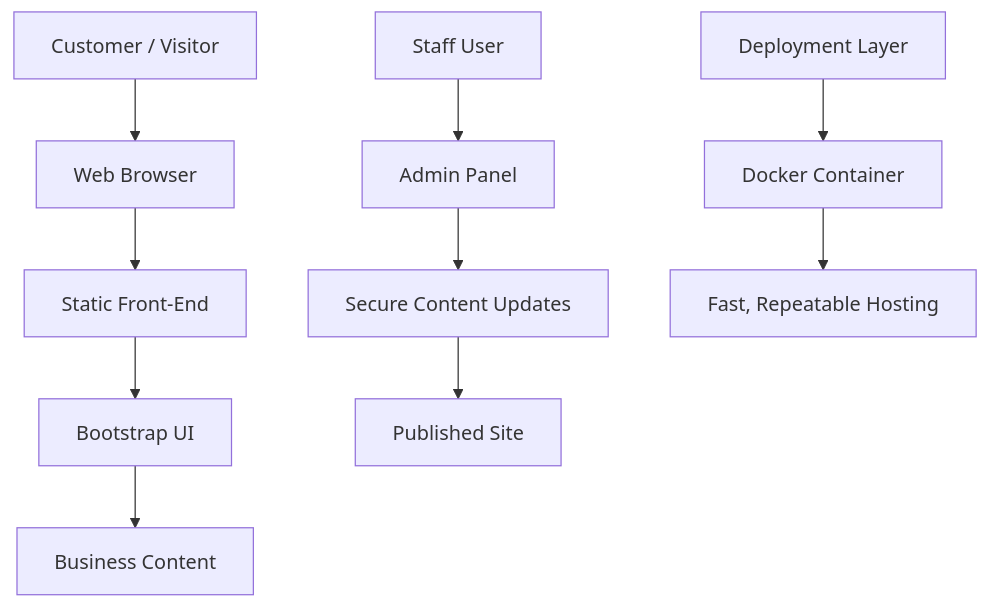
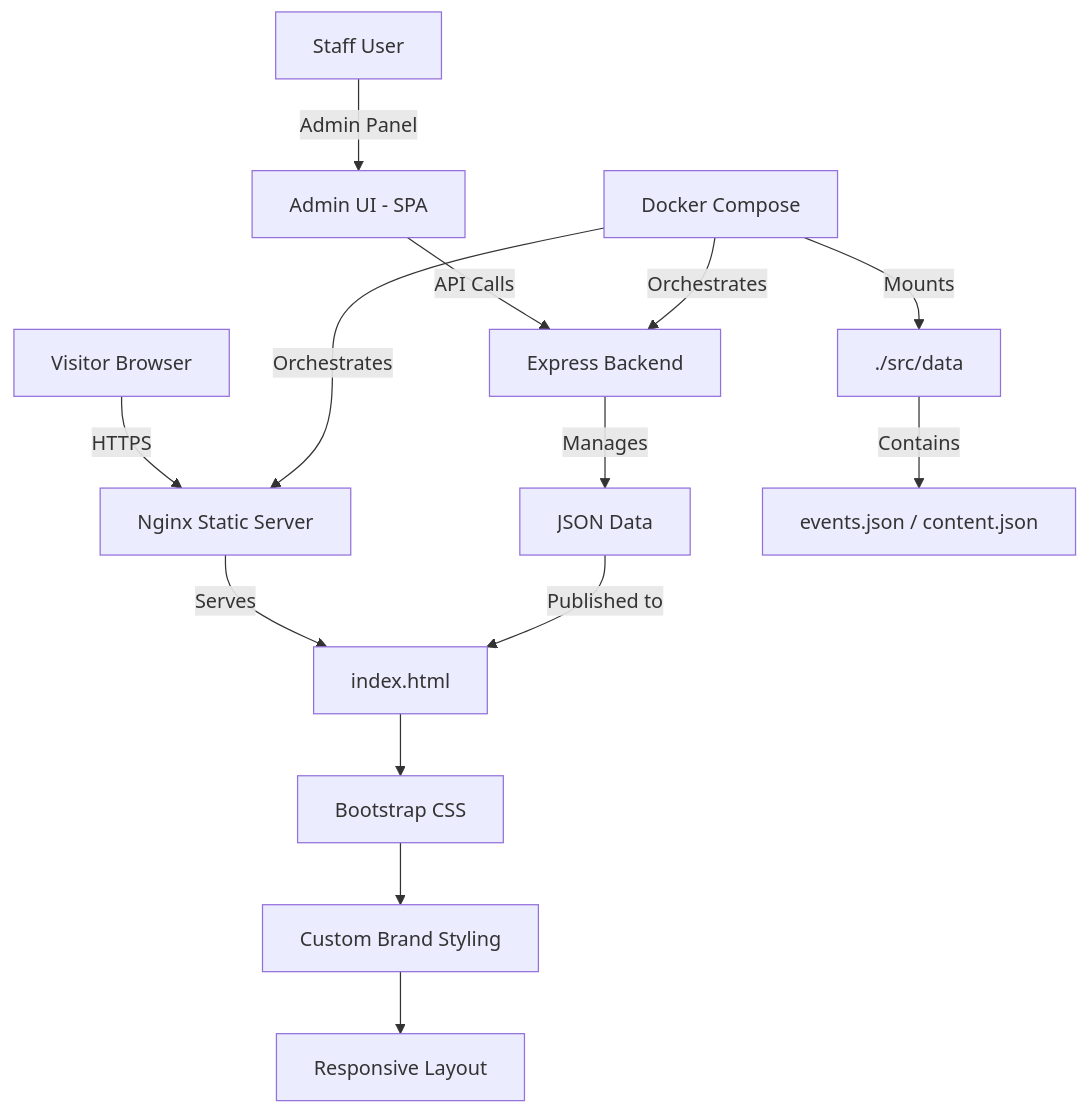
The diagram in README.md (hkevin01/sample-website), drawn with Mermaid before and after one commit. The commit also changed other lines of this file, not shown here.

````diff
--- a/README.md
+++ b/README.md
@@ -104,14 +83,18 @@
 ```mermaid
-flowchart TD
-    A[Customer / Visitor] --> B[Web Browser]
-    B --> C[Static Front-End]
-    C --> D[Bootstrap UI]
-    D --> E[Business Content]
-
-    F[Staff User] --> G[Admin Panel]
-    G --> H[Secure Content Updates]
-    H --> I[Published Site]
-
-    J[Deployment Layer] --> K[Docker Container]
-    K --> L[Fast, Repeatable Hosting]
+graph TD
+    A[Visitor Browser] -->|HTTPS| B[Nginx Static Server]
+    B -->|Serves| C[index.html]
+    C --> D[Bootstrap CSS]
+    D --> E[Custom Brand Styling]
+    E --> F[Responsive Layout]
+    
+    G[Staff User] -->|Admin Panel| H[Admin UI - SPA]
+    H -->|API Calls| I[Express Backend]
+    I -->|Manages| J[JSON Data]
+    J -->|Published to| C
+    
+    K[Docker Compose] -->|Orchestrates| B
+    K -->|Orchestrates| I
+    K -->|Mounts| L[./src/data]
+    L -->|Contains| M[events.json / content.json]
 ```
````
